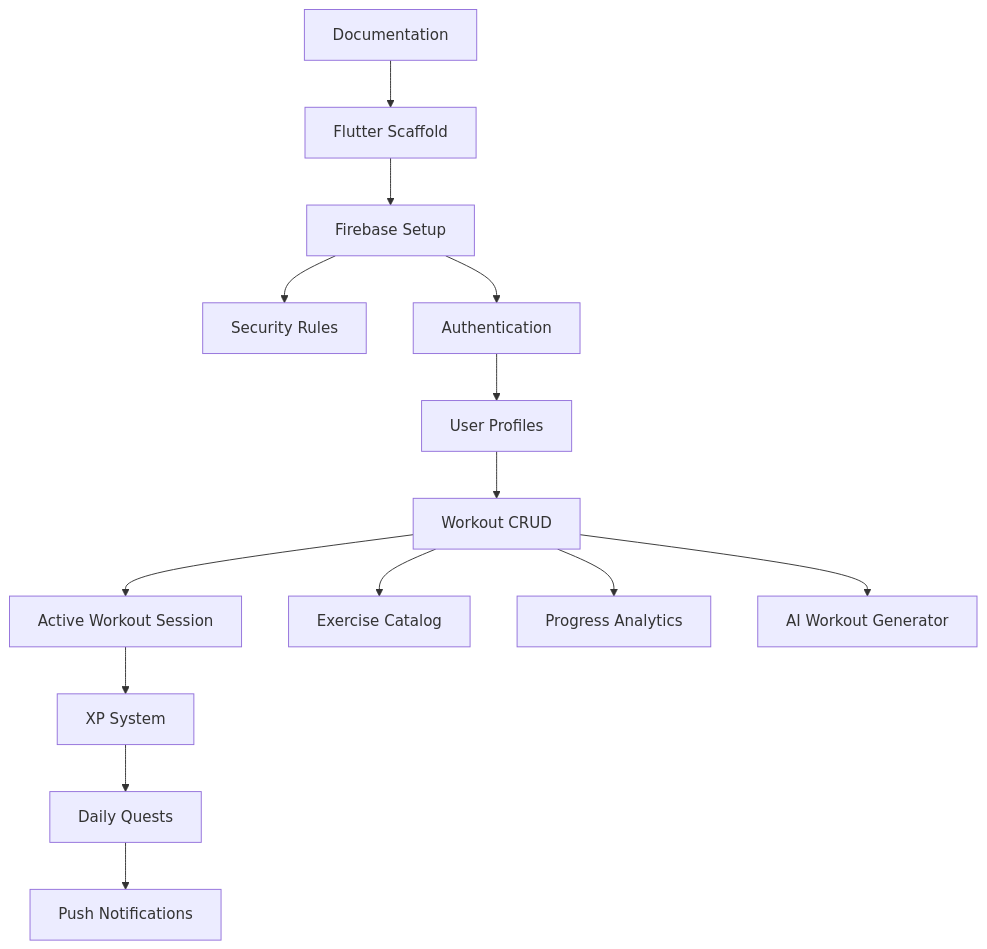
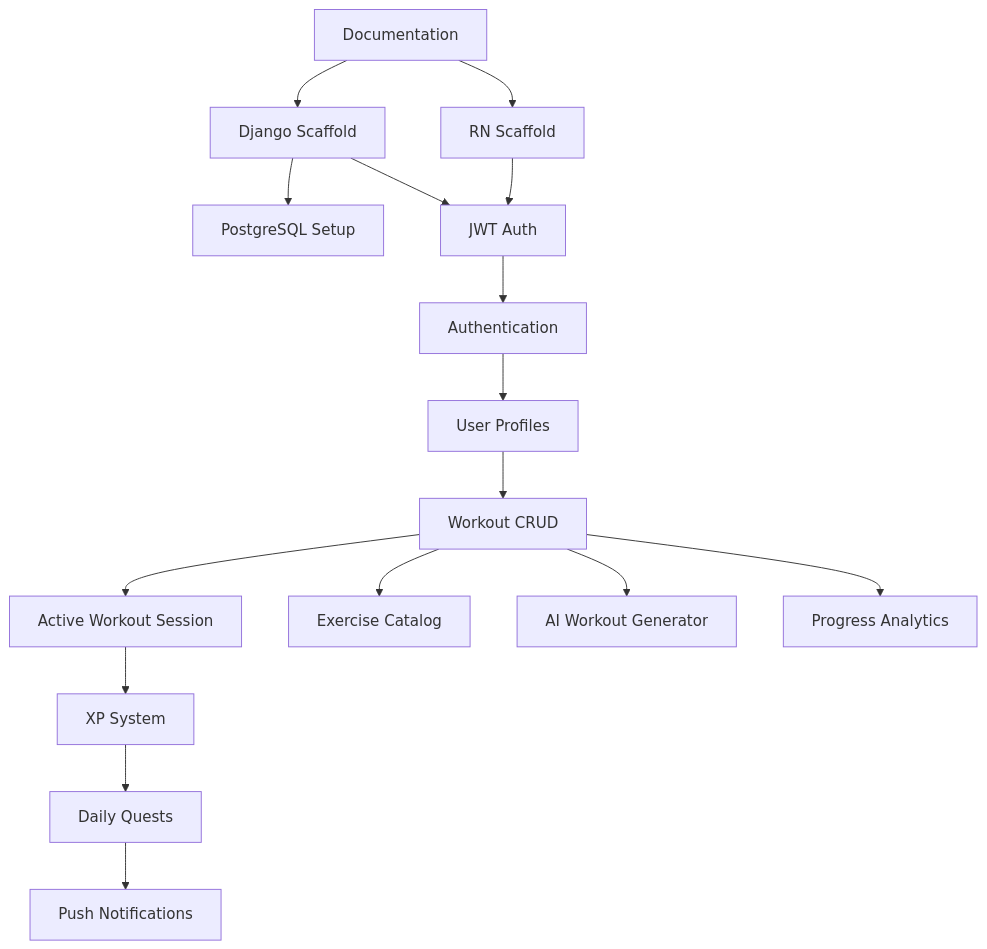
Before and after one commit to smrutisagarswain77/AscendFit: the diagram in docs/FEATURES.md, drawn with Mermaid. The commit also changed other lines of this file and 13 other files, not shown here.

````diff
--- a/docs/FEATURES.md
+++ b/docs/FEATURES.md
@@ -75,16 +79,18 @@
 ```mermaid
 graph TD
-    Docs[Documentation] --> Scaffold[Flutter Scaffold]
-    Scaffold --> Firebase[Firebase Setup]
-    Firebase --> Rules[Security Rules]
-    Firebase --> Auth[Authentication]
+    Docs[Documentation] --> Backend[Django Scaffold]
+    Docs --> Mobile[RN Scaffold]
+    Backend --> DB[PostgreSQL Setup]
+    Backend --> JWT[JWT Auth]
+    Mobile --> JWT
+    JWT --> Auth[Authentication]
     Auth --> Profile[User Profiles]
     Profile --> Workouts[Workout CRUD]
     Workouts --> Active[Active Workout Session]
     Active --> XP[XP System]
     XP --> Quests[Daily Quests]
-    Quests --> FCM[Push Notifications]
+    Quests --> Push[Push Notifications]
     Workouts --> Exercises[Exercise Catalog]
+    Workouts --> AI[AI Workout Generator]
     Workouts --> Analytics[Progress Analytics]
-    Workouts --> AI[AI Workout Generator]
 ```
````
